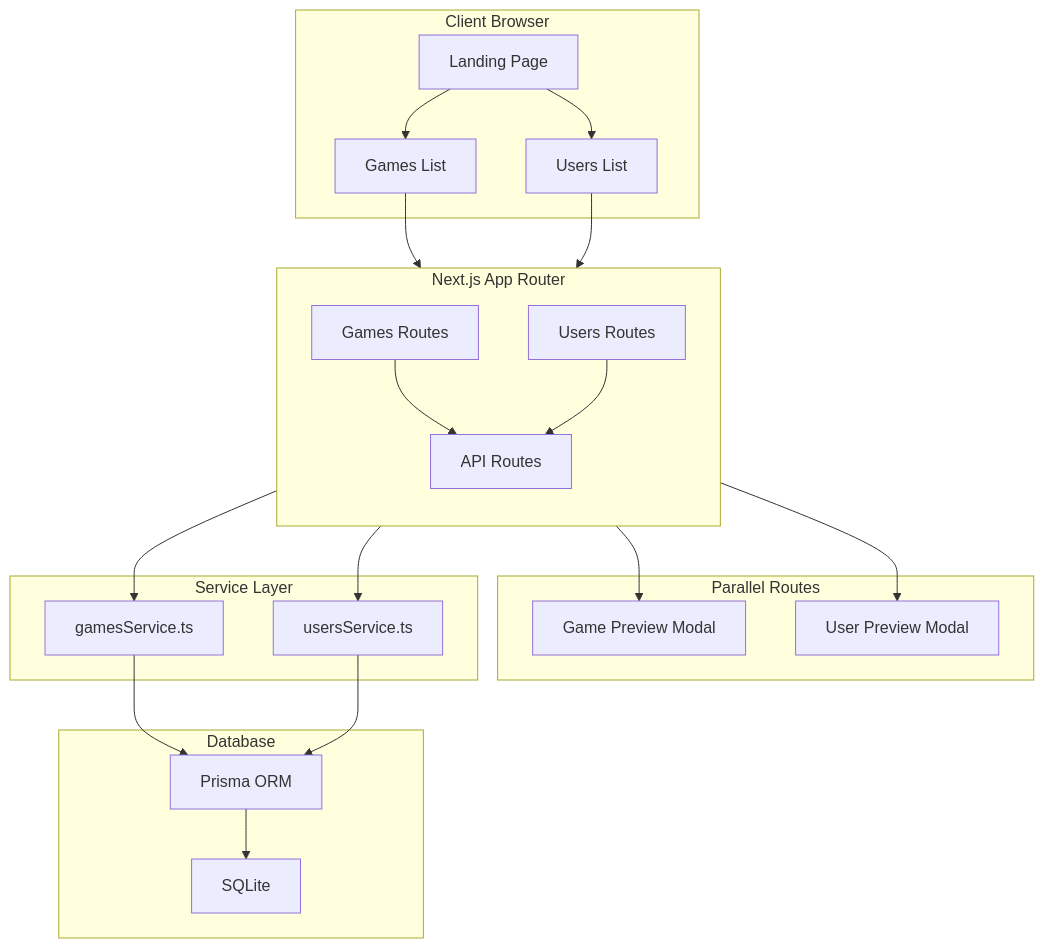
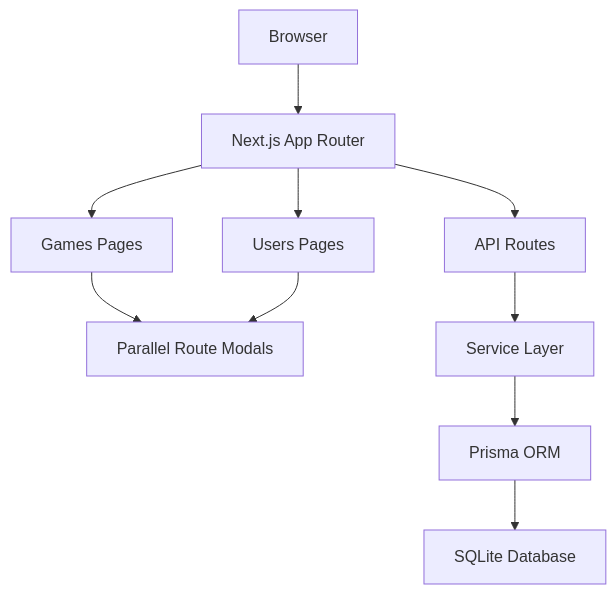
The diagram in README.md (denver2714/Collection-Manager), drawn with Mermaid before and after one commit. The commit also changed other lines of this file, not shown here.

````diff
--- a/README.md
+++ b/README.md
@@ -47,50 +36,12 @@
 ```mermaid
 flowchart TB
-    subgraph Client["Client Browser"]
-        Landing["Landing Page"]
-        GamesPage["Games List"]
-        UsersPage["Users List"]
-    end
-
-    subgraph Routes["Next.js App Router"]
-        direction TB
-        GamesRoutes["Games Routes"]
-        UsersRoutes["Users Routes"]
-        API["API Routes"]
-    end
-
-    subgraph Modal["Parallel Routes"]
-        GameModal["Game Preview Modal"]
-        UserModal["User Preview Modal"]
-    end
-
-    subgraph Services["Service Layer"]
-        GamesService["gamesService.ts"]
-        UsersService["usersService.ts"]
-    end
-
-    subgraph Database["Database"]
-        Prisma["Prisma ORM"]
-        SQLite["SQLite"]
-    end
-
-    Landing --> GamesPage
-    Landing --> UsersPage
-
-    GamesPage --> GamesRoutes
-    UsersPage --> UsersRoutes
-
-    GamesRoutes --> GameModal
-    UsersRoutes --> UserModal
-
-    GamesRoutes --> API
-    UsersRoutes --> API
-
-    API --> GamesService
-    API --> UsersService
-
-    GamesService --> Prisma
-    UsersService --> Prisma
-
-    Prisma --> SQLite
+    Client[Browser] --> Router[Next.js App Router]
+    Router --> Games[Games Pages]
+    Router --> Users[Users Pages]
+    Games --> Modals[Parallel Route Modals]
+    Users --> Modals
+    Router --> API[API Routes]
+    API --> Services[Service Layer]
+    Services --> Prisma[Prisma ORM]
+    Prisma --> DB[SQLite Database]
 ```
````
